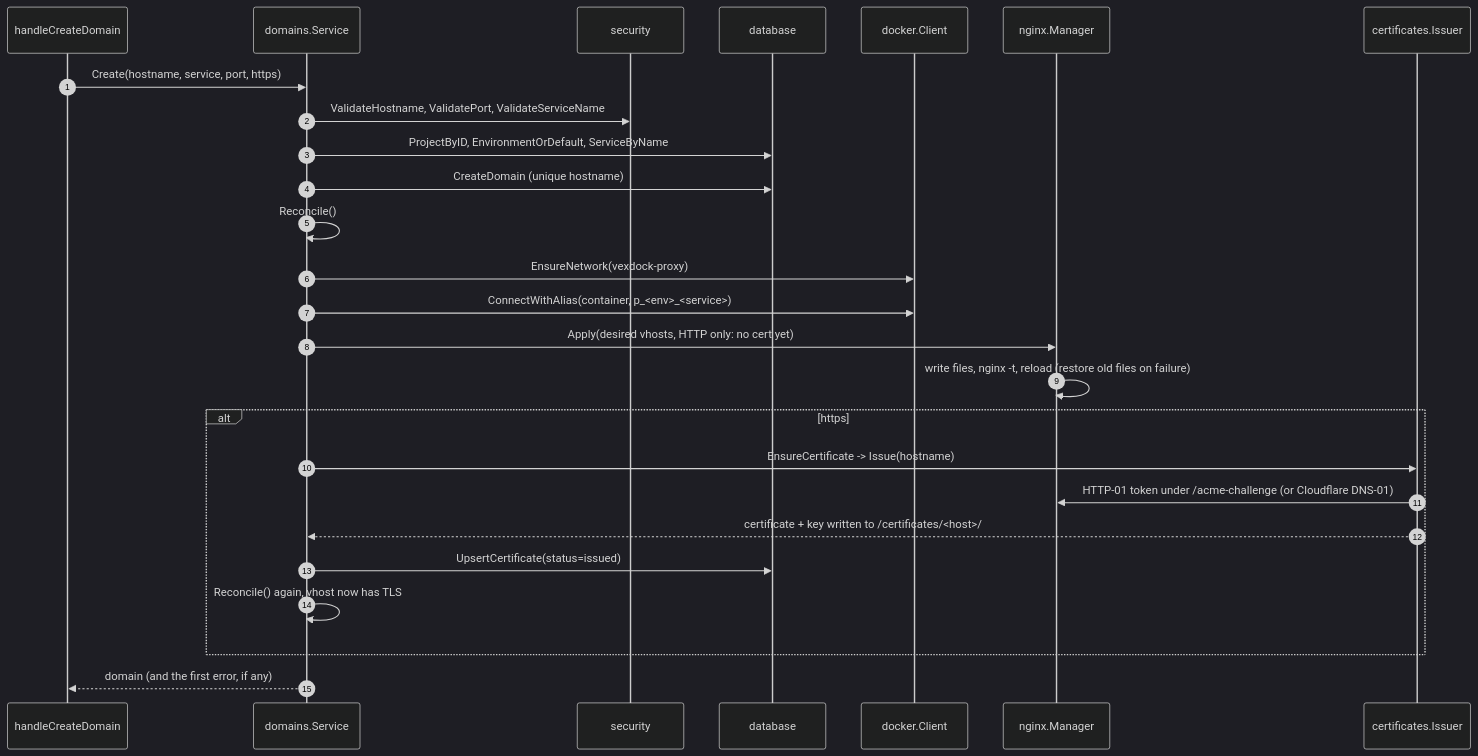
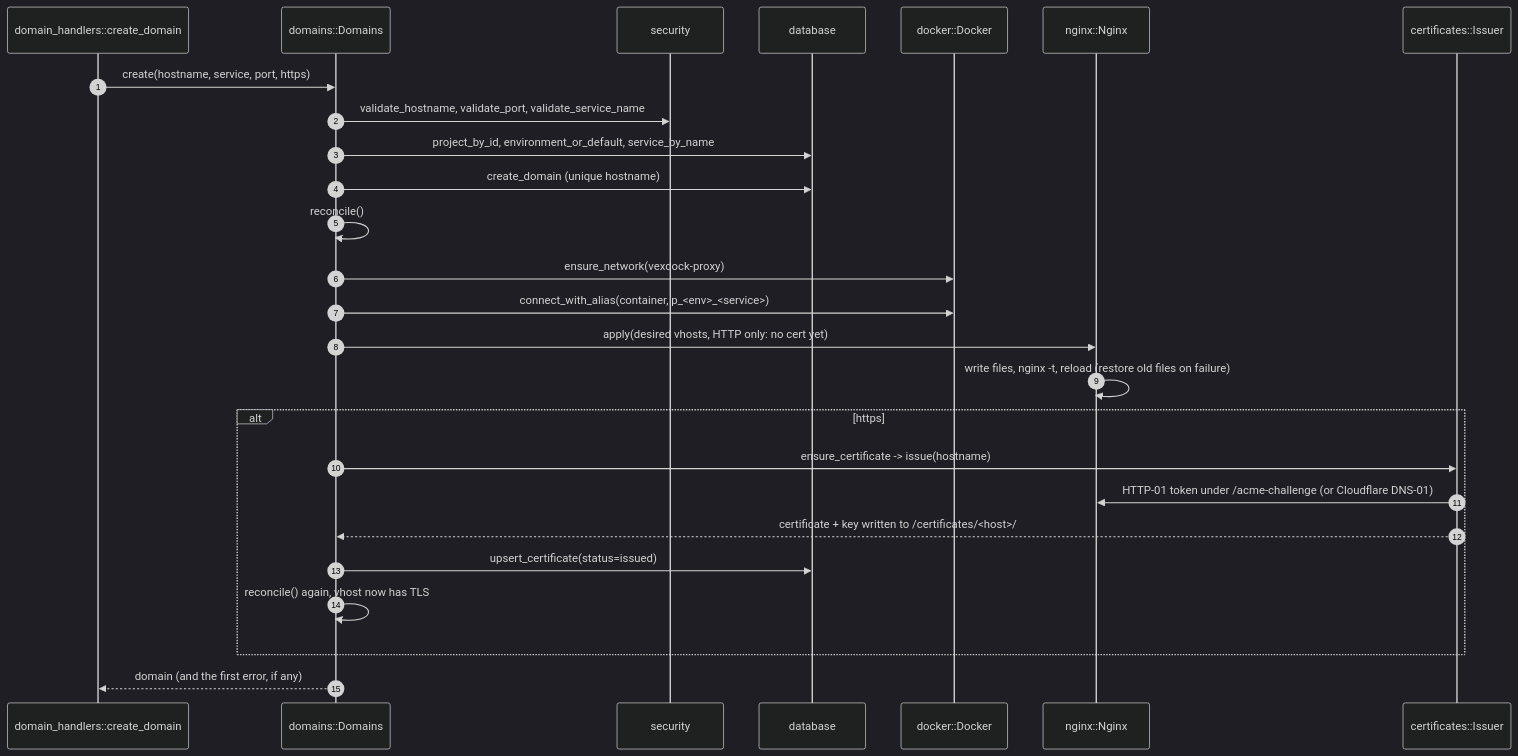
Before and after one commit to rokartur/vexdock: the second of 5 diagrams in docs/codebase.md, drawn with Mermaid (dark theme). The commit also changed other lines of this file and 9 other files, not shown here.

````diff
--- a/docs/codebase.md
+++ b/docs/codebase.md
@@ -129,29 +132,29 @@
 ```mermaid
 sequenceDiagram
     autonumber
-    participant Handler as handleCreateDomain
-    participant Domains as domains.Service
+    participant Handler as domain_handlers::create_domain
+    participant Domains as domains::Domains
     participant Sec as security
     participant DB as database
-    participant Docker as docker.Client
-    participant Nginx as nginx.Manager
-    participant ACME as certificates.Issuer
+    participant Docker as docker::Docker
+    participant Nginx as nginx::Nginx
+    participant ACME as certificates::Issuer
 
-    Handler->>Domains: Create(hostname, service, port, https)
-    Domains->>Sec: ValidateHostname, ValidatePort, ValidateServiceName
-    Domains->>DB: ProjectByID, EnvironmentOrDefault, ServiceByName
-    Domains->>DB: CreateDomain (unique hostname)
-    Domains->>Domains: Reconcile()
-    Domains->>Docker: EnsureNetwork(vexdock-proxy)
-    Domains->>Docker: ConnectWithAlias(container, p_<env>_<service>)
-    Domains->>Nginx: Apply(desired vhosts, HTTP only: no cert yet)
+    Handler->>Domains: create(hostname, service, port, https)
+    Domains->>Sec: validate_hostname, validate_port, validate_service_name
+    Domains->>DB: project_by_id, environment_or_default, service_by_name
+    Domains->>DB: create_domain (unique hostname)
+    Domains->>Domains: reconcile()
+    Domains->>Docker: ensure_network(vexdock-proxy)
+    Domains->>Docker: connect_with_alias(container, p_<env>_<service>)
+    Domains->>Nginx: apply(desired vhosts, HTTP only: no cert yet)
     Nginx->>Nginx: write files, nginx -t, reload (restore old files on failure)
     alt https
-        Domains->>ACME: EnsureCertificate -> Issue(hostname)
+        Domains->>ACME: ensure_certificate -> issue(hostname)
         ACME->>Nginx: HTTP-01 token under /acme-challenge (or Cloudflare DNS-01)
         ACME-->>Domains: certificate + key written to /certificates/<host>/
-        Domains->>DB: UpsertCertificate(status=issued)
-        Domains->>Domains: Reconcile() again, vhost now has TLS
+        Domains->>DB: upsert_certificate(status=issued)
+        Domains->>Domains: reconcile() again, vhost now has TLS
     end
     Domains-->>Handler: domain (and the first error, if any)
 ```
````
